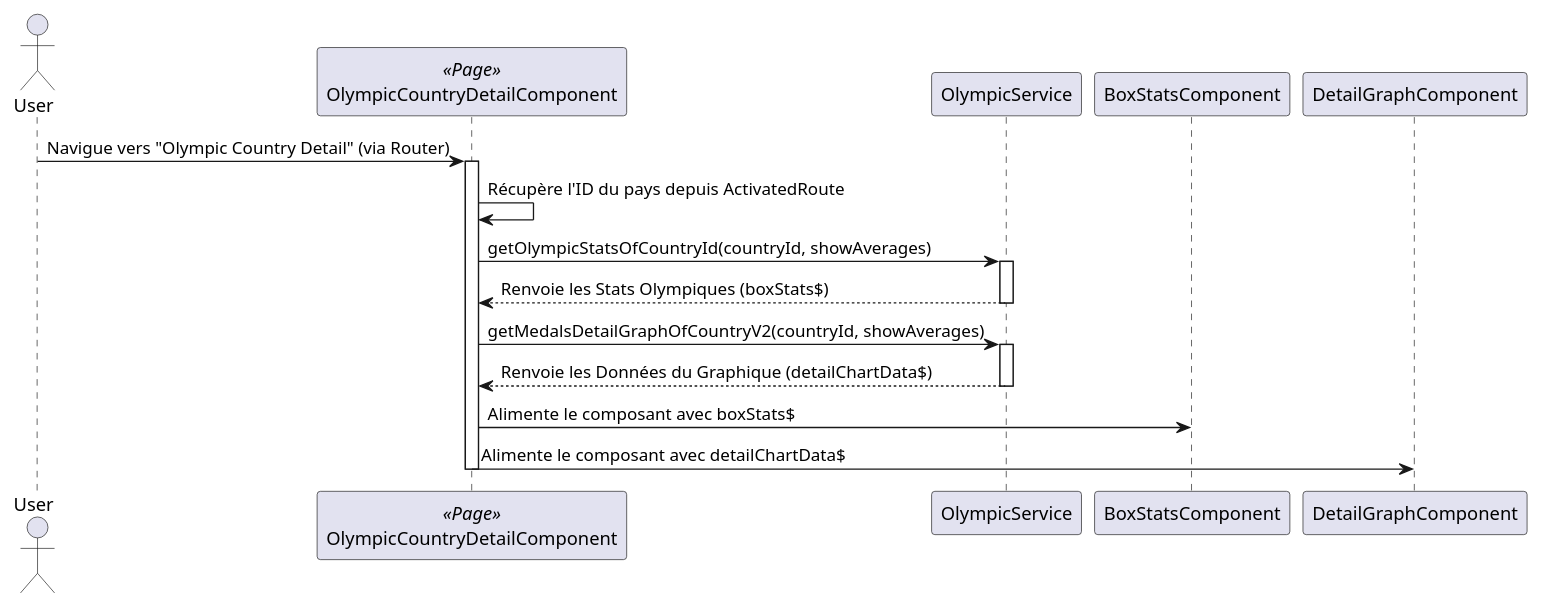
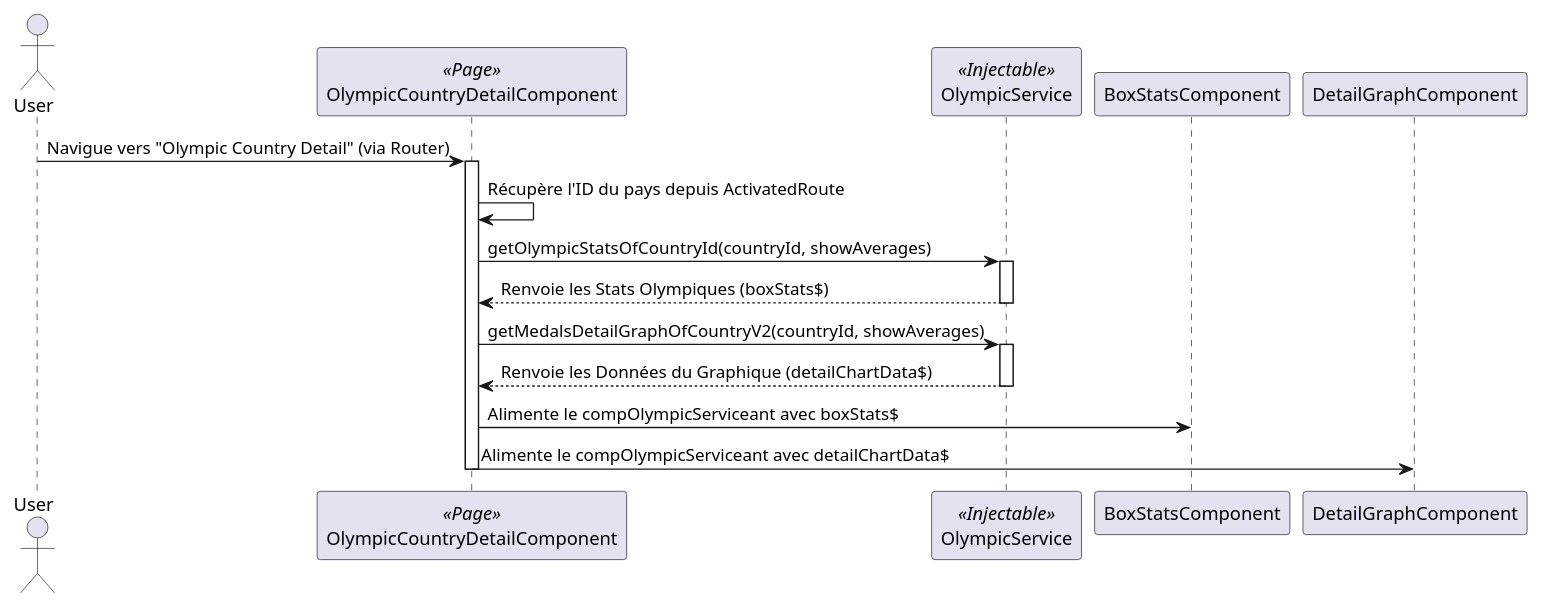
Before and after one commit to cpierres/Opencr-Projet02-Angular: the diagram in docs/assets/diagrams/sequence/detail_sequence.puml, drawn with PlantUML. The commit also changed 1 other file, not shown here.

Commit message:
Mineur : modif diagrammes de séquences

```diff
--- a/docs/assets/diagrams/sequence/detail_sequence.puml
+++ b/docs/assets/diagrams/sequence/detail_sequence.puml
@@ -1,25 +1,25 @@
 @startuml
 actor User as U
 participant OlympicCountryDetailComponent <<Page>>
 
-participant "OlympicService" as OS
+participant "OlympicService" <<Injectable>>
 participant "BoxStatsComponent" as BSC
 participant "DetailGraphComponent" as DGC
 
 U -> OlympicCountryDetailComponent: Navigue vers "Olympic Country Detail" (via Router)
 activate OlympicCountryDetailComponent
 OlympicCountryDetailComponent -> OlympicCountryDetailComponent: Récupère l'ID du pays depuis ActivatedRoute
-OlympicCountryDetailComponent -> OS: getOlympicStatsOfCountryId(countryId, showAverages)
-activate OS
-OS --> OlympicCountryDetailComponent: Renvoie les Stats Olympiques (boxStats$)
-deactivate OS
+OlympicCountryDetailComponent -> OlympicService: getOlympicStatsOfCountryId(countryId, showAverages)
+activate OlympicService
+OlympicService --> OlympicCountryDetailComponent: Renvoie les Stats Olympiques (boxStats$)
+deactivate OlympicService
 
-OlympicCountryDetailComponent -> OS: getMedalsDetailGraphOfCountryV2(countryId, showAverages)
-activate OS
-OS --> OlympicCountryDetailComponent: Renvoie les Données du Graphique (detailChartData$)
-deactivate OS
+OlympicCountryDetailComponent -> OlympicService: getMedalsDetailGraphOfCountryV2(countryId, showAverages)
+activate OlympicService
+OlympicService --> OlympicCountryDetailComponent: Renvoie les Données du Graphique (detailChartData$)
+deactivate OlympicService
 
-OlympicCountryDetailComponent -> BSC: Alimente le composant avec boxStats$
-OlympicCountryDetailComponent -> DGC: Alimente le composant avec detailChartData$
+OlympicCountryDetailComponent -> BSC: Alimente le compOlympicServiceant avec boxStats$
+OlympicCountryDetailComponent -> DGC: Alimente le compOlympicServiceant avec detailChartData$
 deactivate OlympicCountryDetailComponent
 @enduml
```
